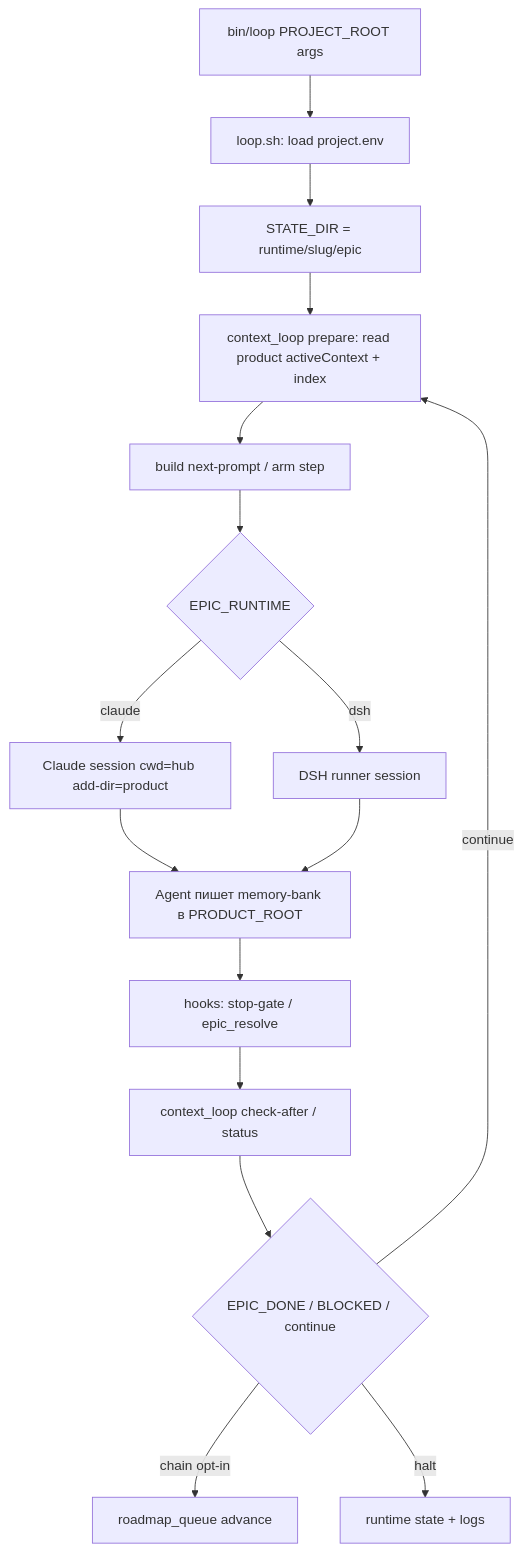
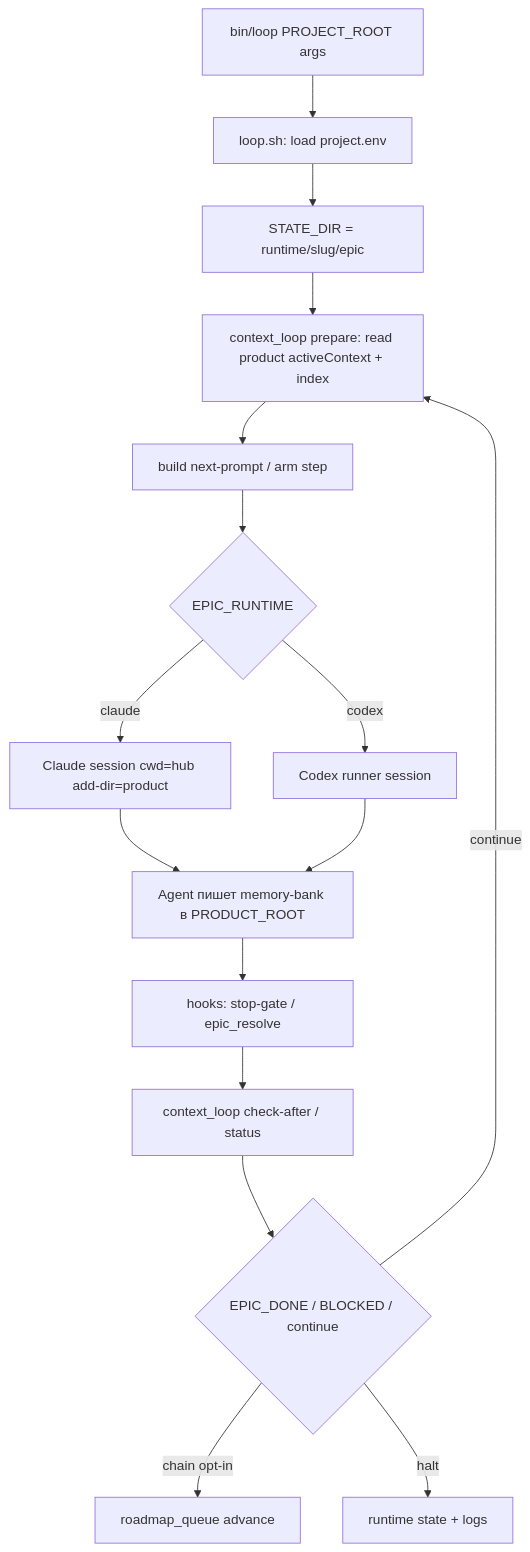
Before and after one commit to aeroalgo/dev-hub: the second of 2 diagrams in memory-bank/architecture/data-flow.md, drawn with Mermaid. The commit also changed other lines of this file and 213 other files, not shown here.

````diff
--- a/memory-bank/architecture/data-flow.md
+++ b/memory-bank/architecture/data-flow.md
@@ -25,18 +25,18 @@
 ```mermaid
 flowchart TD
   A[bin/loop PROJECT_ROOT args] --> B[loop.sh: load project.env]
   B --> C[STATE_DIR = runtime/slug/epic]
   C --> D[context_loop prepare: read product activeContext + index]
   D --> E[build next-prompt / arm step]
   E --> F{EPIC_RUNTIME}
   F -->|claude| G1[Claude session cwd=hub add-dir=product]
-  F -->|dsh| G2[DSH runner session]
+  F -->|codex| G2[Codex runner session]
   G1 --> H[Agent пишет memory-bank в PRODUCT_ROOT]
   G2 --> H
   H --> I[hooks: stop-gate / epic_resolve]
   I --> J[context_loop check-after / status]
   J --> K{EPIC_DONE / BLOCKED / continue}
   K -->|continue| D
   K -->|chain opt-in| L[roadmap_queue advance]
   K -->|halt| M[runtime state + logs]
 ```
````
